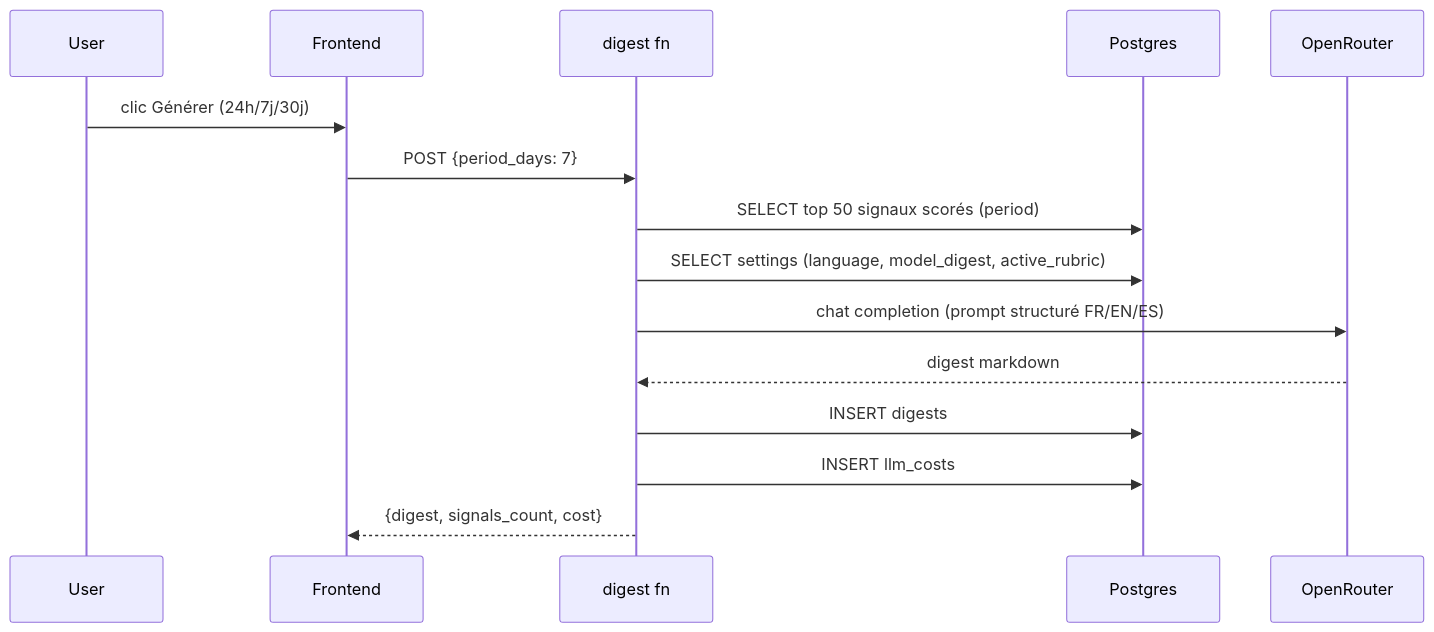
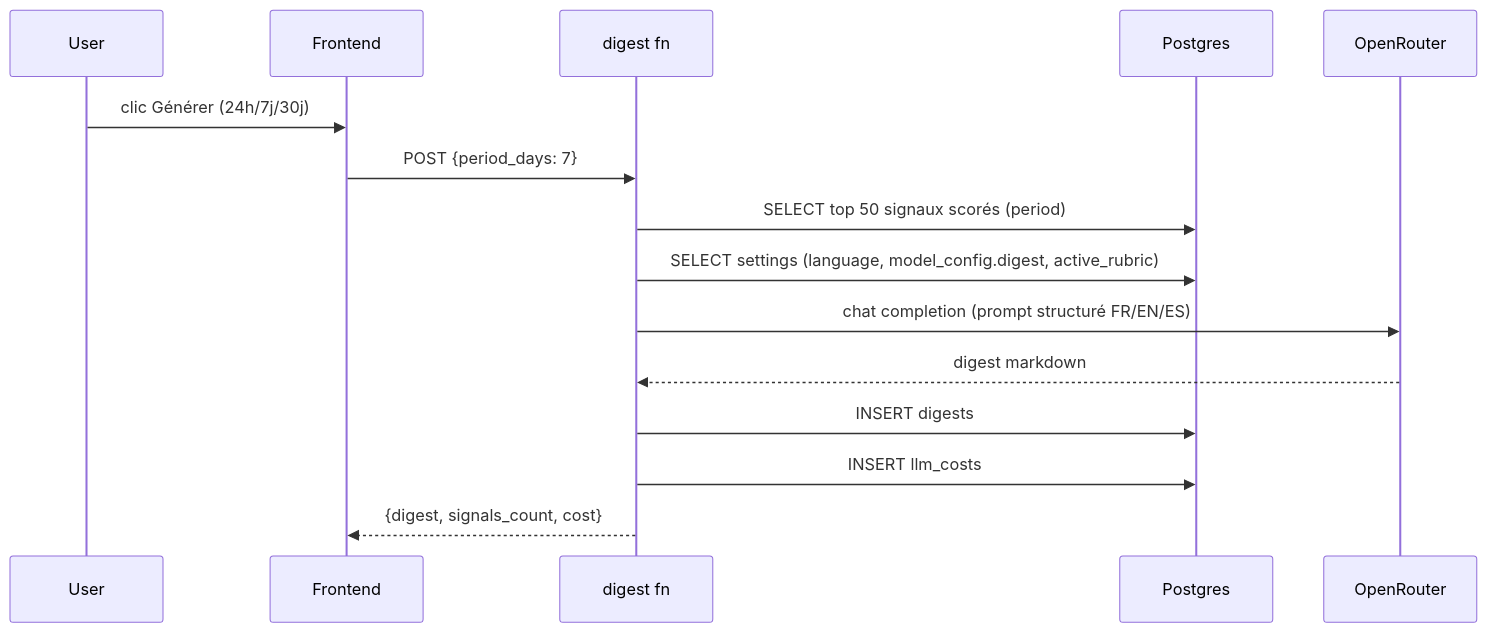
The third of 3 diagrams in docs/architecture.md (Afristrat/scrapping), drawn with Mermaid before and after one commit. The commit also changed 10 other files, not shown here.

Commit message:
refactor: drop legacy model_* columns + ModelSelectField (model_config is single source)

````diff
--- a/docs/architecture.md
+++ b/docs/architecture.md
@@ -106,18 +106,18 @@
 ```mermaid
 sequenceDiagram
     participant U as User
     participant FE as Frontend
     participant DG as digest fn
     participant DB as Postgres
     participant OR as OpenRouter
 
     U->>FE: clic Générer (24h/7j/30j)
     FE->>DG: POST {period_days: 7}
     DG->>DB: SELECT top 50 signaux scorés (period)
-    DG->>DB: SELECT settings (language, model_digest, active_rubric)
+    DG->>DB: SELECT settings (language, model_config.digest, active_rubric)
     DG->>OR: chat completion (prompt structuré FR/EN/ES)
     OR-->>DG: digest markdown
     DG->>DB: INSERT digests
     DG->>DB: INSERT llm_costs
     DG-->>FE: {digest, signals_count, cost}
 ```
````
